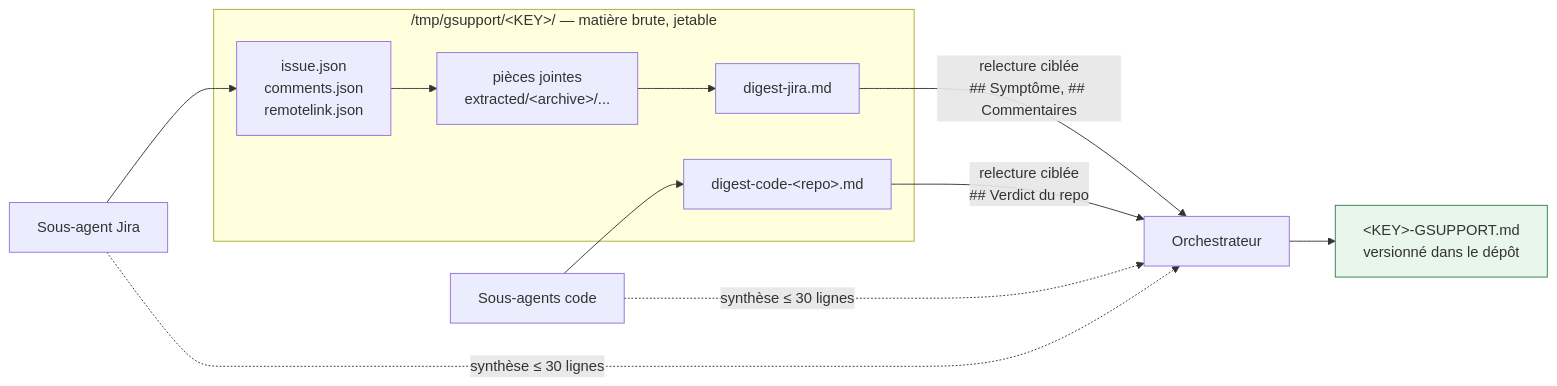
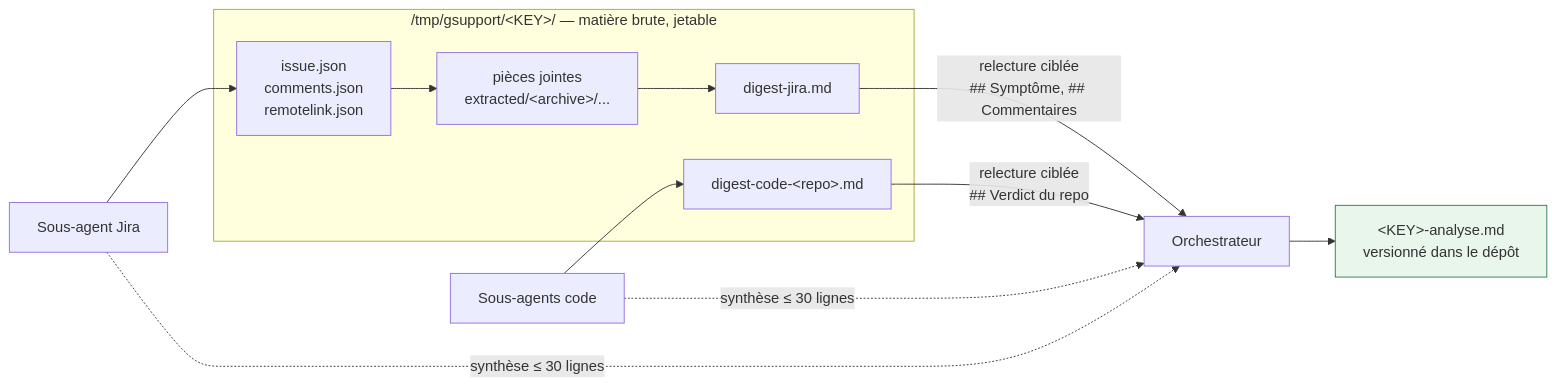
The second of 5 diagrams in skills/gsupport-analyze/ARCHITECTURE.md (tomsoulage-dedalus/presc-workflows-tools), drawn with Mermaid before and after one commit. The commit also changed other lines of this file and 2 other files, not shown here.

First line of the commit message:
docs(skills): règle de synchro ARCHITECTURE.md et renommage du rapport

````diff
--- a/skills/gsupport-analyze/ARCHITECTURE.md
+++ b/skills/gsupport-analyze/ARCHITECTURE.md
@@ -76,20 +81,20 @@
 ```mermaid
 flowchart LR
     subgraph TMP["/tmp/gsupport/&lt;KEY&gt;/ — matière brute, jetable"]
         J["issue.json<br/>comments.json<br/>remotelink.json"]
         PJ["pièces jointes<br/>extracted/&lt;archive&gt;/..."]
         DJ["digest-jira.md"]
         DC["digest-code-&lt;repo&gt;.md"]
     end
 
     A2["Sous-agent Jira"] --> J --> PJ --> DJ
     A4["Sous-agents code"] --> DC
 
     A2 -.->|synthèse ≤ 30 lignes| O["Orchestrateur"]
     A4 -.->|synthèse ≤ 30 lignes| O
     DJ -->|relecture ciblée<br/>## Symptôme, ## Commentaires| O
     DC -->|relecture ciblée<br/>## Verdict du repo| O
-    O --> REP["&lt;KEY&gt;-GSUPPORT.md<br/>versionné dans le dépôt"]
+    O --> REP["&lt;KEY&gt;-analyse.md<br/>versionné dans le dépôt"]
 
     style REP fill:#e8f6ec,stroke:#2e7d4f
 ```
````
